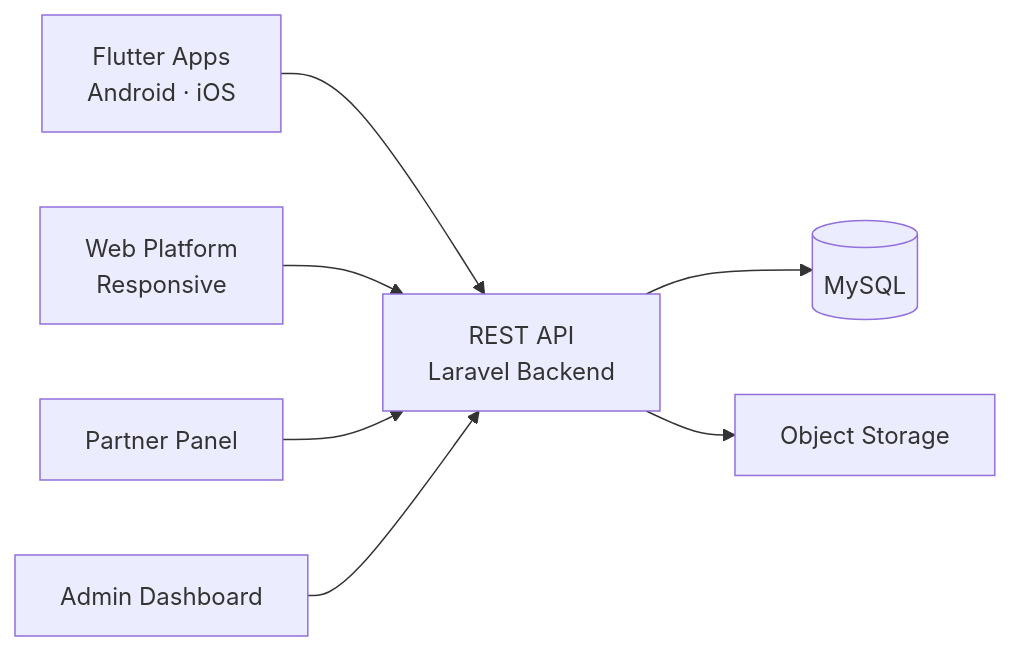
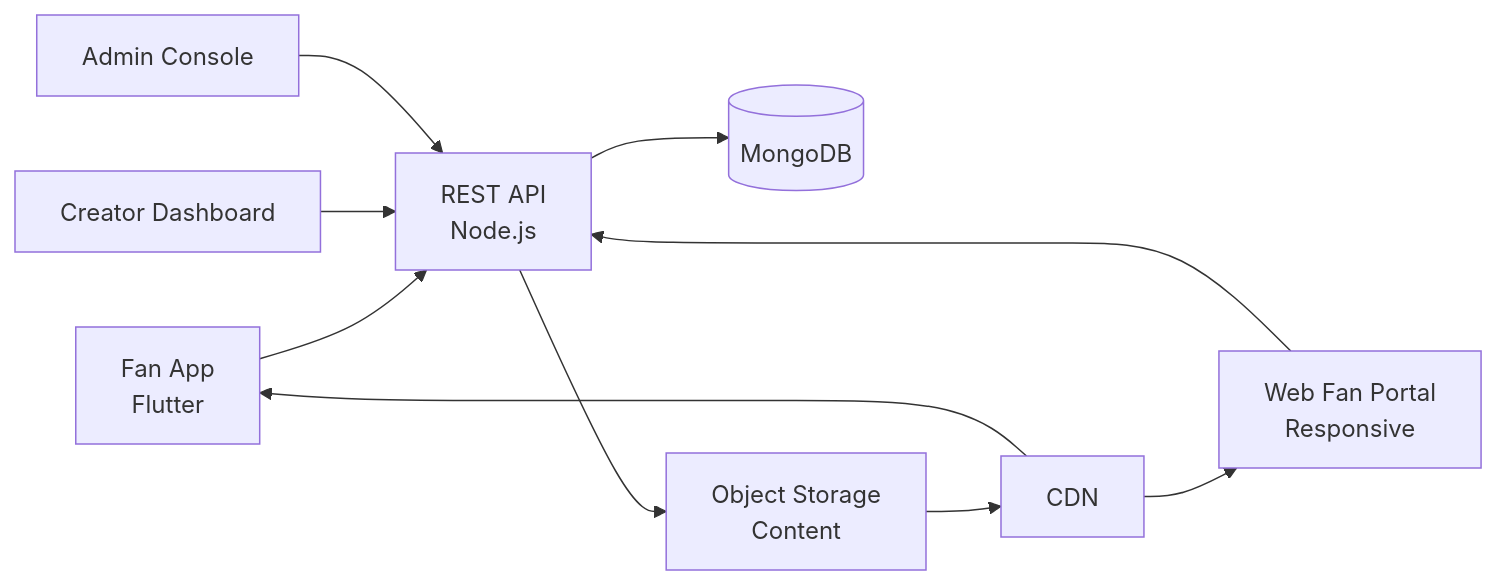
The diagram in README.md (Miracuves-Solutions/fansly-clone), drawn with Mermaid before and after one commit. The commit also changed other lines of this file, not shown here.

````diff
--- a/README.md
+++ b/README.md
@@ -103,9 +47,16 @@
 ```mermaid
 flowchart LR
-    A[Flutter Apps<br/>Android · iOS] --> G[REST API<br/>Laravel Backend]
-    W[Web Platform<br/>Responsive] --> G
-    P[Partner Panel] --> G
-    AD[Admin Dashboard] --> G
-    G --> DB[(MySQL)]
-    G --> S3[Object Storage]
+    A[Fan App<br/>Flutter]
+    B[Web Fan Portal<br/>Responsive]
+    W[Creator Dashboard]
+    AD[Admin Console]
+    A --> G[REST API<br/>Node.js]
+    B --> G
+    W --> G
+    AD --> G
+    G --> DB[(MongoDB)]
+    G --> S3[Object Storage<br/>Content]
+    S3 --> CDN[CDN]
+    CDN --> A
+    CDN --> B
 ```
````
